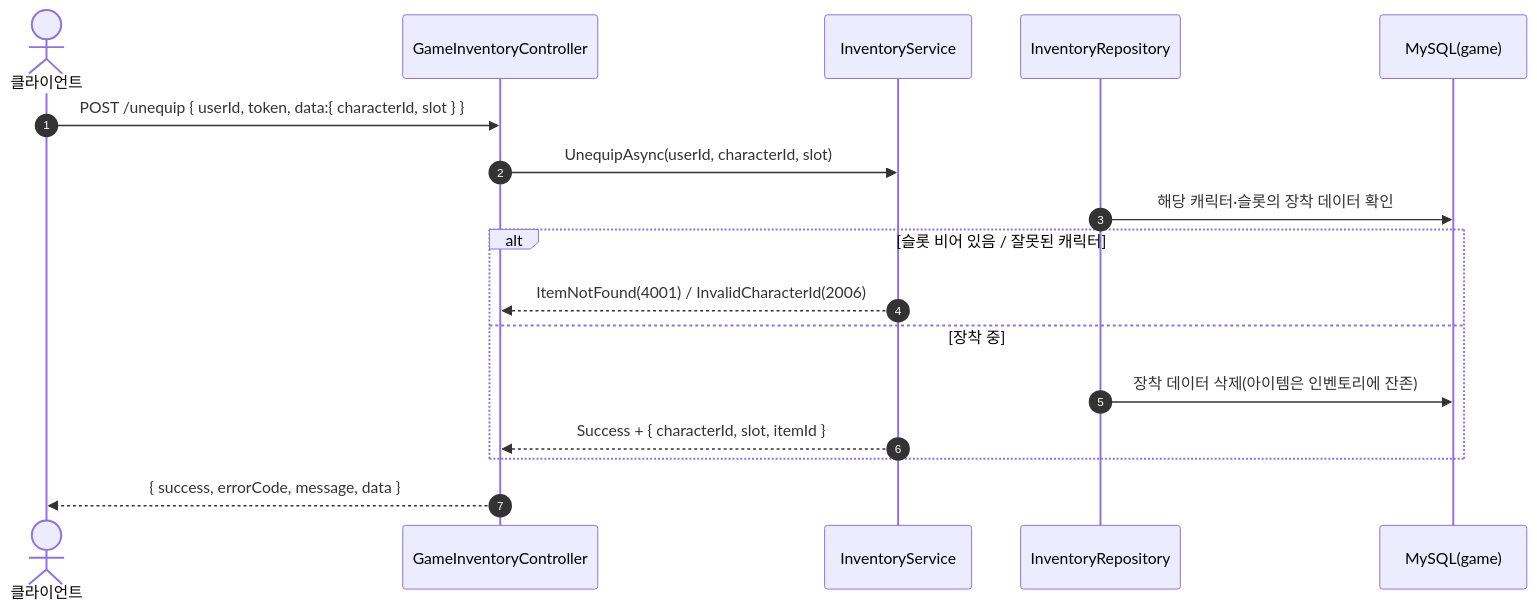
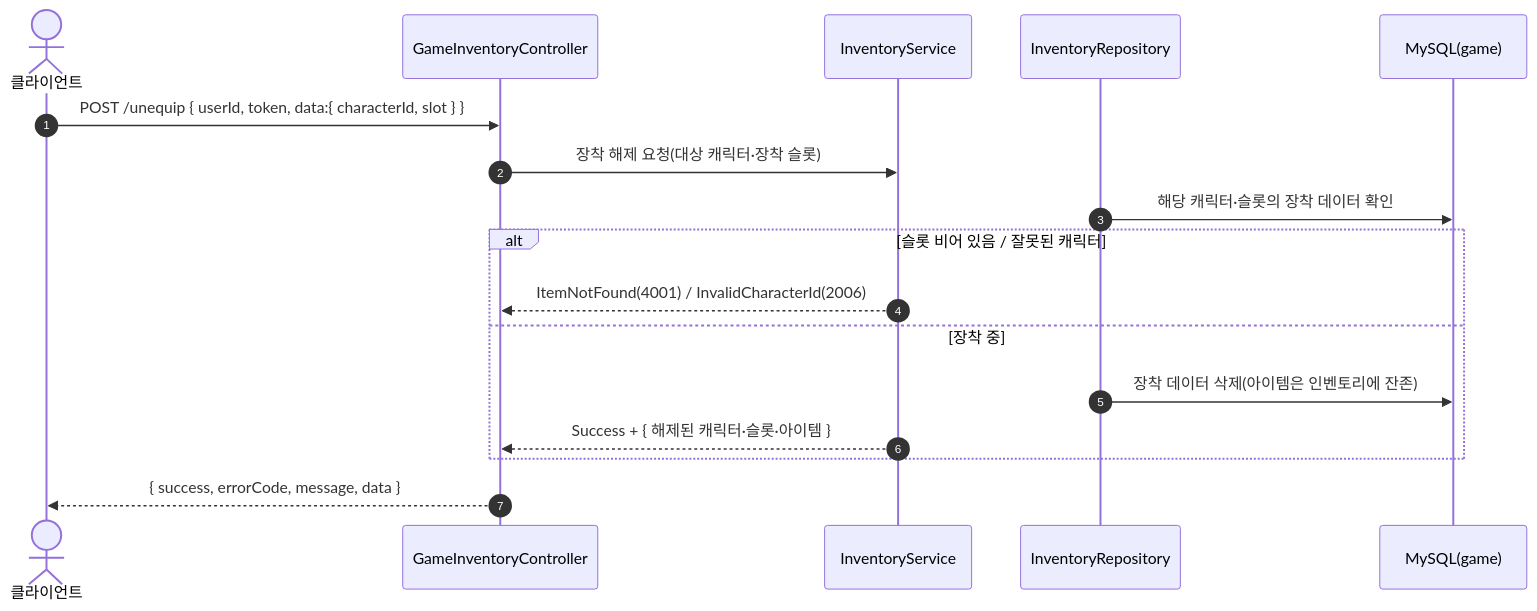
Before and after one commit to ks-wook/com2us-taskbar-hero: the second of 4 diagrams in SequenceDiagram/GameInventoryController.md, drawn with Mermaid. The commit also changed other lines of this file and 7 other files, not shown here.

Commit message:
시퀀스 다이어그램 수정

````diff
--- a/SequenceDiagram/GameInventoryController.md
+++ b/SequenceDiagram/GameInventoryController.md
@@ -36,20 +36,20 @@
 ```mermaid
 sequenceDiagram
     autonumber
     actor C as 클라이언트
     participant Ctrl as GameInventoryController
     participant Svc as InventoryService
     participant Repo as InventoryRepository
     participant DB as MySQL(game)
 
     C->>Ctrl: POST /unequip { userId, token, data:{ characterId, slot } }
-    Ctrl->>Svc: UnequipAsync(userId, characterId, slot)
+    Ctrl->>Svc: 장착 해제 요청(대상 캐릭터·장착 슬롯)
     Repo->>DB: 해당 캐릭터·슬롯의 장착 데이터 확인
     alt 슬롯 비어 있음 / 잘못된 캐릭터
         Svc-->>Ctrl: ItemNotFound(4001) / InvalidCharacterId(2006)
     else 장착 중
         Repo->>DB: 장착 데이터 삭제(아이템은 인벤토리에 잔존)
-        Svc-->>Ctrl: Success + { characterId, slot, itemId }
+        Svc-->>Ctrl: Success + { 해제된 캐릭터·슬롯·아이템 }
     end
     Ctrl-->>C: { success, errorCode, message, data }
 ```
````
